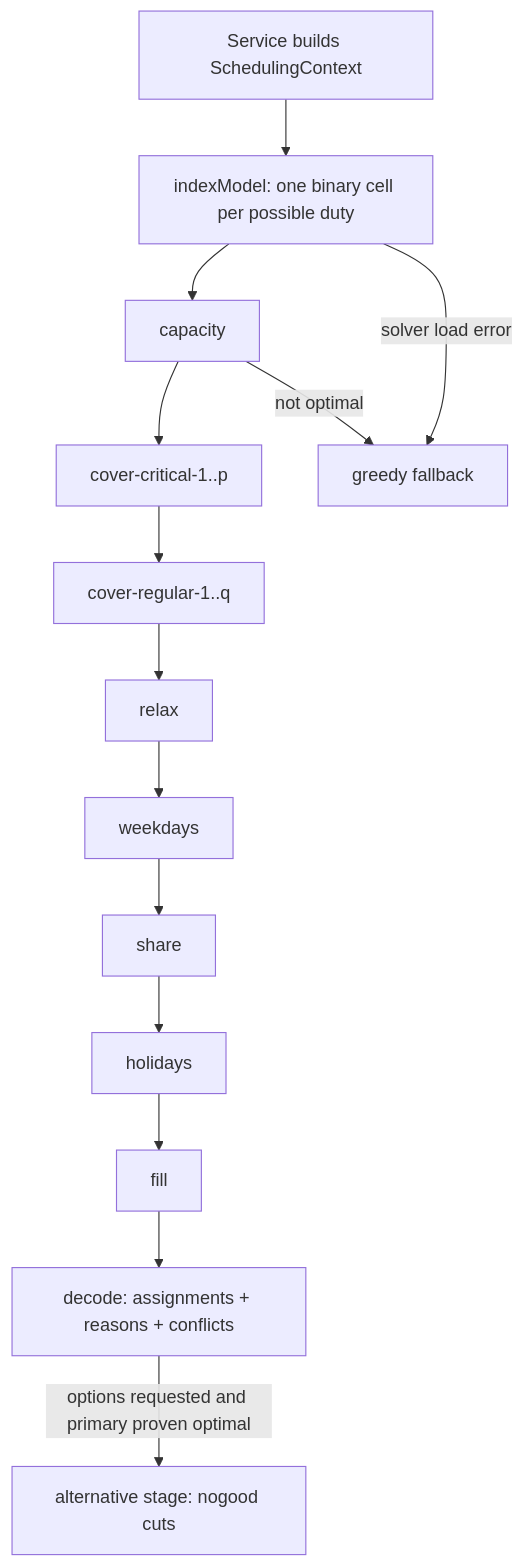
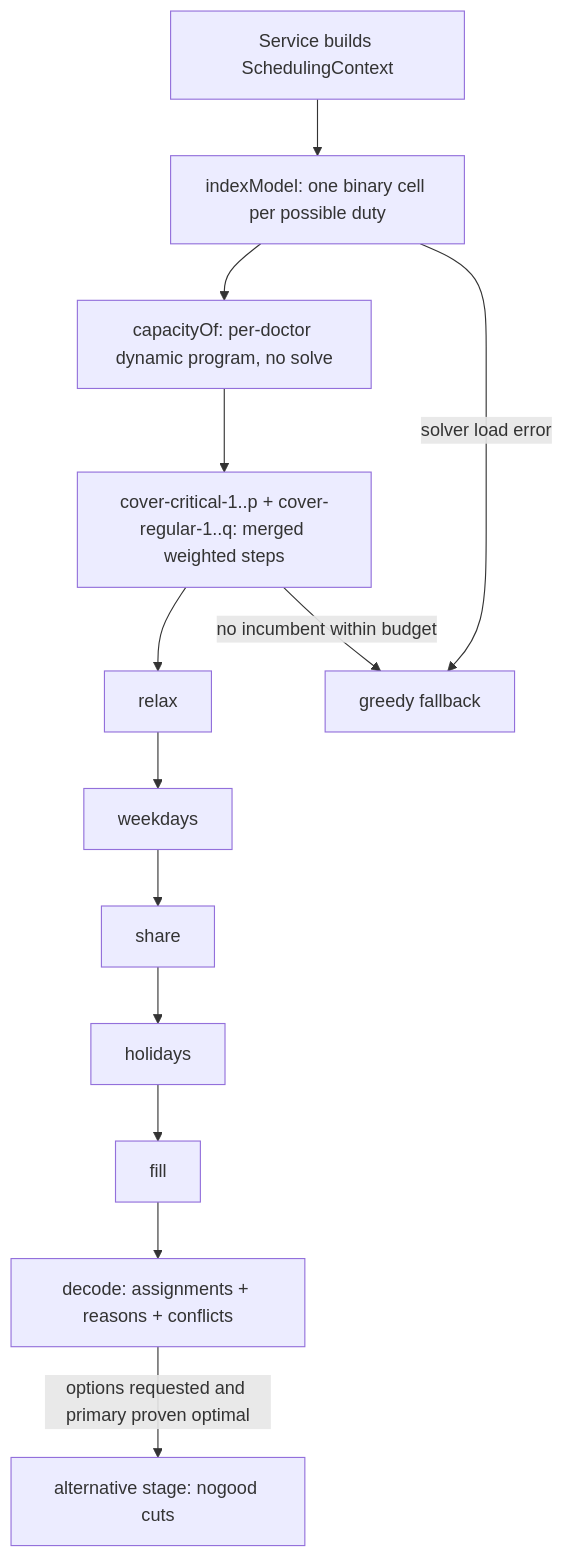
One commit to Dervel7/on-call-duty changed the diagram in solver.md. Above: the diagram before and after it, drawn with Mermaid. The commit also changed other lines of this file and 4 other files, not shown here.

Commit message:
perf(solver): capacity DP, merged cover steps, zero-skip, no-op rows before relax

````diff
--- a/solver.md
+++ b/solver.md
@@ -23,16 +23,15 @@
 ```mermaid
 flowchart TD
     A[Service builds SchedulingContext] --> B[indexModel: one binary cell per possible duty]
-    B --> C[capacity]
-    C --> D[cover-critical-1..p]
-    D --> E[cover-regular-1..q]
-    E --> F[relax]
+    B --> C[capacityOf: per-doctor dynamic program, no solve]
+    C --> D[cover-critical-1..p + cover-regular-1..q: merged weighted steps]
+    D --> F[relax]
     F --> G[weekdays]
     G --> H[share]
     H --> I[holidays]
     I --> J[fill]
     J --> K[decode: assignments + reasons + conflicts]
-    C -- not optimal --> L[greedy fallback]
-    B -- solver load error --> L
+    B -- solver load error --> L[greedy fallback]
+    D -- no incumbent within budget --> L
     K -- options requested and primary proven optimal --> M[alternative stage: nogood cuts]
 ```
````
